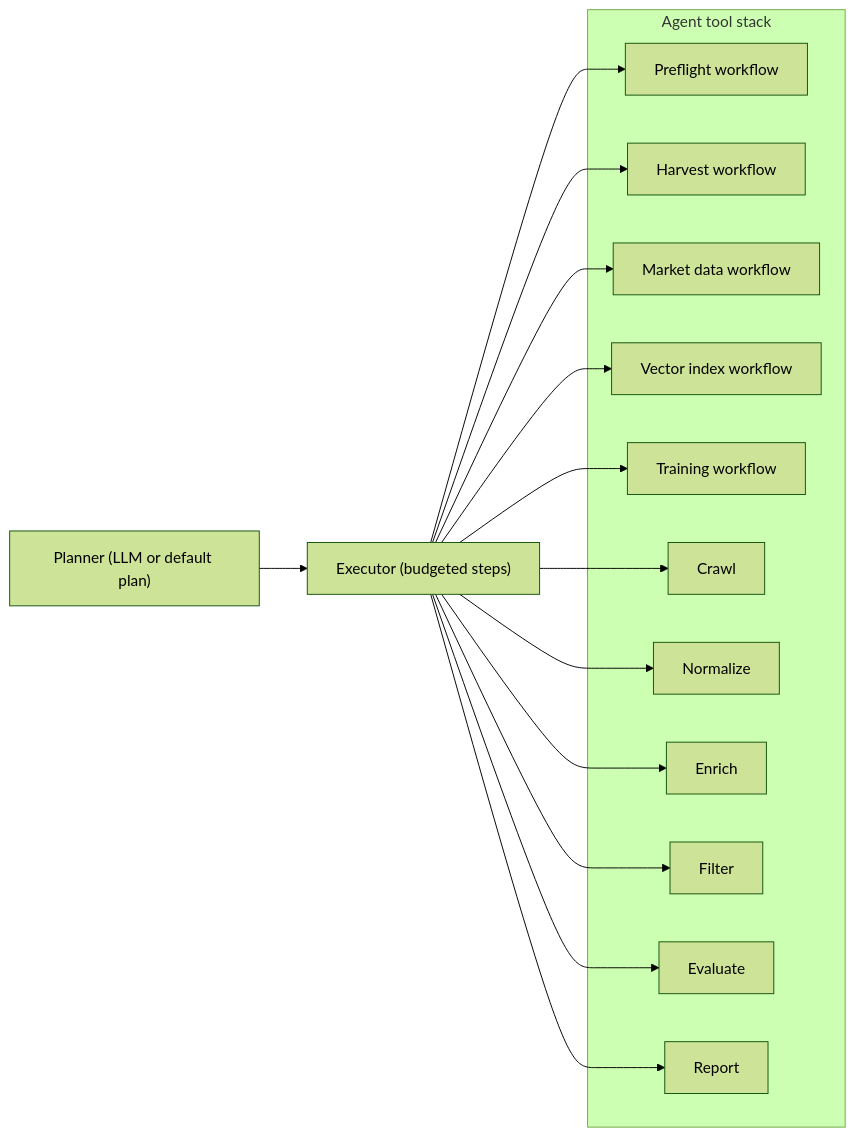
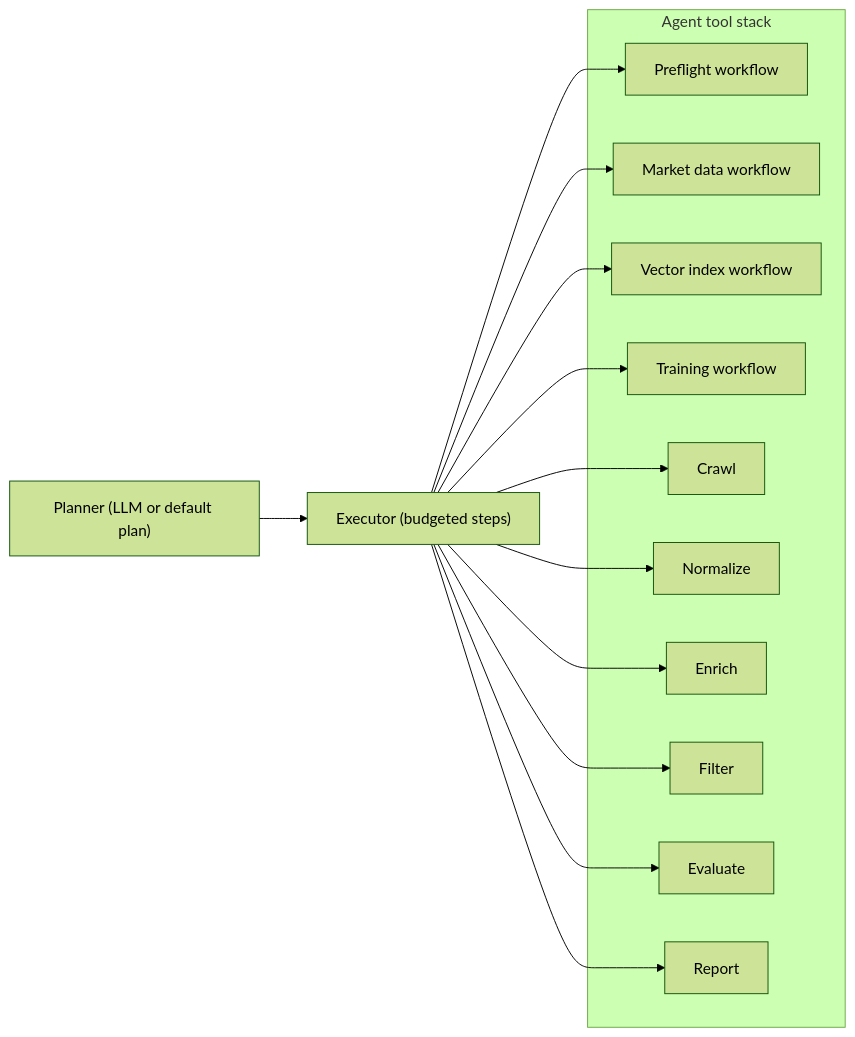
One commit to Nirtzur0/PropertyScanner changed the diagram in docs/06_agent_workflow.md. Above: the diagram before and after it, drawn with Mermaid (forest theme). The commit also changed 45 other files, not shown here.

````diff
--- a/docs/06_agent_workflow.md
+++ b/docs/06_agent_workflow.md
@@ -9,32 +9,30 @@
 ```mermaid
 flowchart LR
     Planner["Planner (LLM or default plan)"]
     Execute["Executor (budgeted steps)"]
 
     subgraph "Agent tool stack"
         Preflight["Preflight workflow"]
-        Harvest["Harvest workflow"]
         Market["Market data workflow"]
         Index["Vector index workflow"]
         Train["Training workflow"]
         Crawl["Crawl"]
         Norm["Normalize"]
         Enrich["Enrich"]
         Filter["Filter"]
         Eval["Evaluate"]
         Report["Report"]
     end
 
     Planner --> Execute
     Execute --> Preflight
-    Execute --> Harvest
     Execute --> Market
     Execute --> Index
     Execute --> Train
     Execute --> Crawl
     Execute --> Norm
     Execute --> Enrich
     Execute --> Filter
     Execute --> Eval
     Execute --> Report
 ```
````
